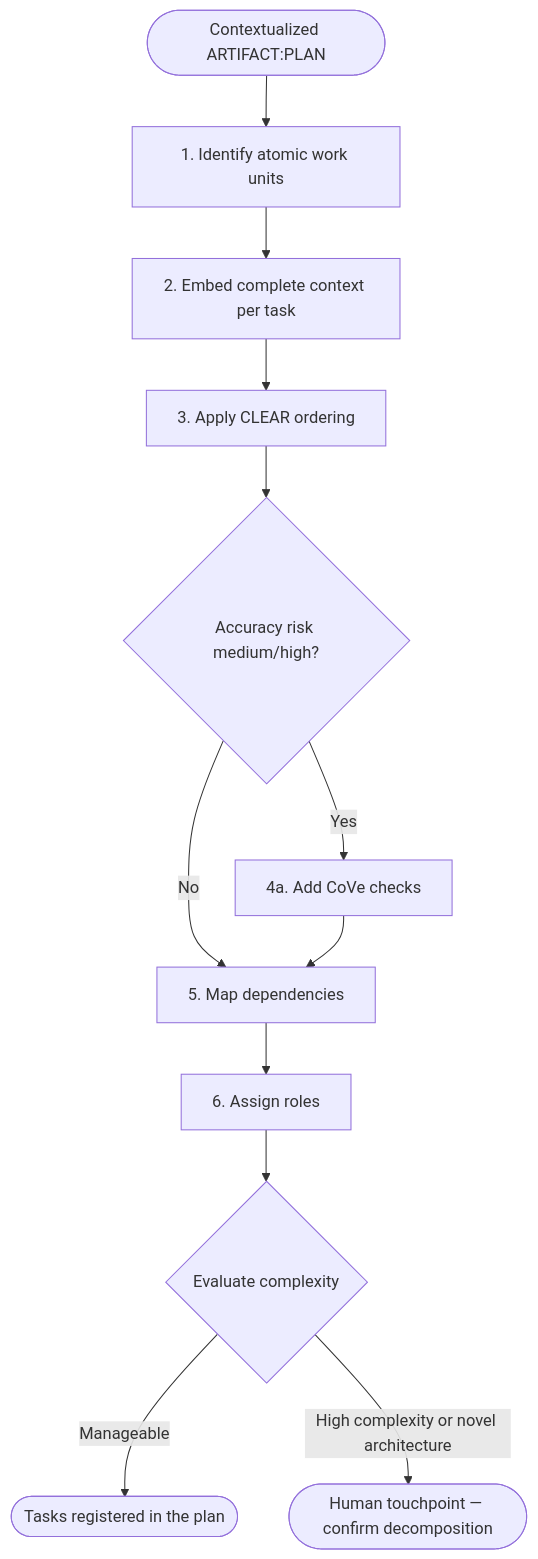
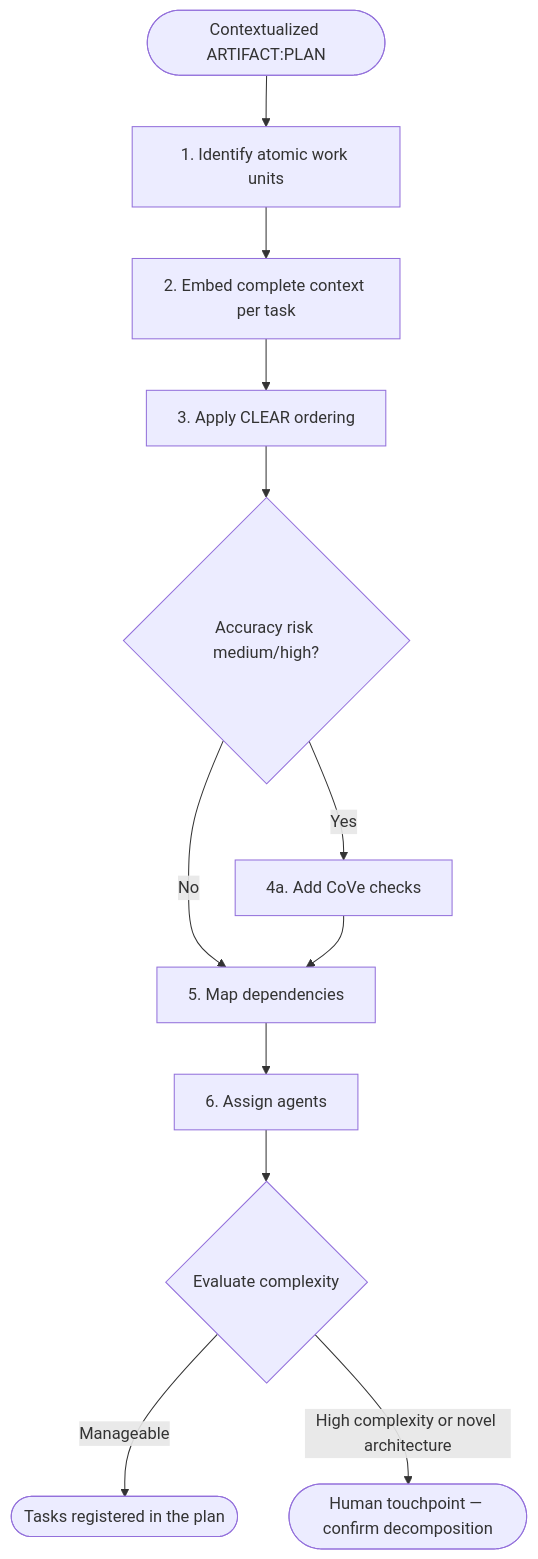
One commit to Jamie-BitFlight/claude_skills changed the first of 2 diagrams in plugins/development-harness/skills/task-decomposition/SKILL.md. Above: the diagram before and after it, drawn with Mermaid. The commit also changed other lines of this file and 3 other files, not shown here.

````diff
--- a/plugins/development-harness/skills/task-decomposition/SKILL.md
+++ b/plugins/development-harness/skills/task-decomposition/SKILL.md
@@ -23,14 +23,14 @@
 ```mermaid
 flowchart TD
     Start([Contextualized ARTIFACT:PLAN]) --> A1[1. Identify atomic work units]
     A1 --> A2[2. Embed complete context per task]
     A2 --> A3[3. Apply CLEAR ordering]
     A3 --> A4{Accuracy risk medium/high?}
     A4 -->|Yes| CoVe[4a. Add CoVe checks]
     A4 -->|No| A5[4b. Skip CoVe]
     CoVe --> A5[5. Map dependencies]
-    A5 --> A6[6. Assign roles]
+    A5 --> A6[6. Assign agents]
     A6 --> Gate{Evaluate complexity}
     Gate -->|Manageable| Done([Tasks registered in the plan])
     Gate -->|High complexity or novel architecture| Escalate([Human touchpoint — confirm decomposition])
 ```
````
